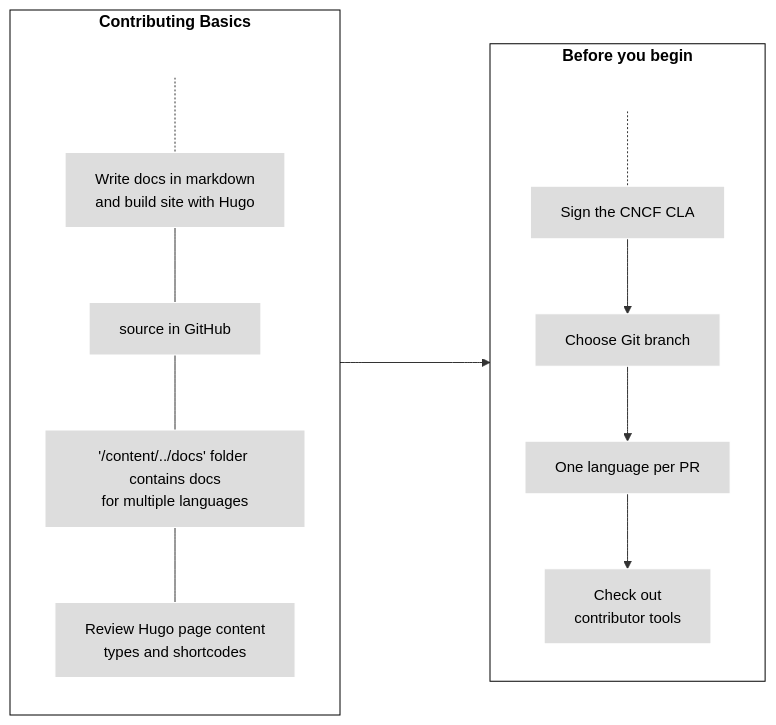
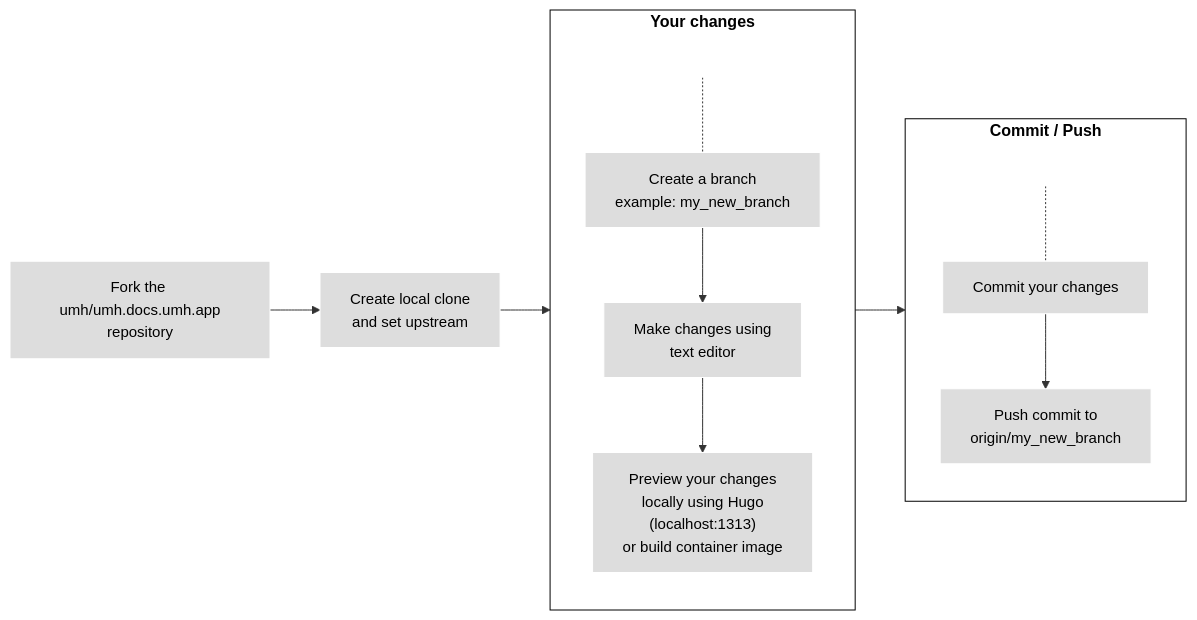
One commit to united-manufacturing-hub/umh.docs.umh.app changed the second of 3 diagrams in umh.docs.umh.app/content/en/docs/development/contribute/new-content/add-documentation.md. Above: the diagram before and after it, drawn with Mermaid. The commit also changed other lines of this file, not shown here.

```diff
--- a/umh.docs.umh.app/content/en/docs/development/contribute/new-content/add-documentation.md
+++ b/umh.docs.umh.app/content/en/docs/development/contribute/new-content/add-documentation.md
@@ -14,24 +143,24 @@
 {{< mermaid >}}
 flowchart LR
-    subgraph second[Before you begin]
-    direction TB
-    S[ ] -.-
-    A[Sign the CNCF CLA] --> B[Choose Git branch]
-    B --> C[One language per PR]
-    C --> F[Check out<br>contributor tools]
-    end
-    subgraph first[Contributing Basics]
-    direction TB
-       T[ ] -.-
-       D[Write docs in markdown<br>and build site with Hugo] --- E[source in GitHub]
-       E --- G['/content/../docs' folder contains docs<br>for multiple languages]
-       G --- H[Review Hugo page content<br>types and shortcodes]
-    end
-    first ----> second
+1[Fork the umh/umh.docs.umh.app<br>repository] --> 2[Create local clone<br>and set upstream]
+subgraph changes[Your changes]
+direction TB
+S[ ] -.-
+3[Create a branch<br>example: my_new_branch] --> 3a[Make changes using<br>text editor] --> 4["Preview your changes<br>locally using Hugo<br>(localhost:1313)<br>or build container image"]
+end
+subgraph changes2[Commit / Push]
+direction TB
+T[ ] -.-
+5[Commit your changes] --> 6[Push commit to<br>origin/my_new_branch]
+end
+
+2 --> changes --> changes2
+
 classDef grey fill:#dddddd,stroke:#ffffff,stroke-width:px,color:#000000, font-size:15px;
 classDef white fill:#ffffff,stroke:#000,stroke-width:px,color:#000,font-weight:bold
+classDef k8s fill:#326ce5,stroke:#fff,stroke-width:1px,color:#fff;
 classDef spacewhite fill:#ffffff,stroke:#fff,stroke-width:0px,color:#000
-class A,B,C,D,E,F,G,H grey
+class 1,2,3,3a,4,5,6 grey
 class S,T spacewhite
-class first,second white
+class changes,changes2 white
 {{</ mermaid >}}
```
